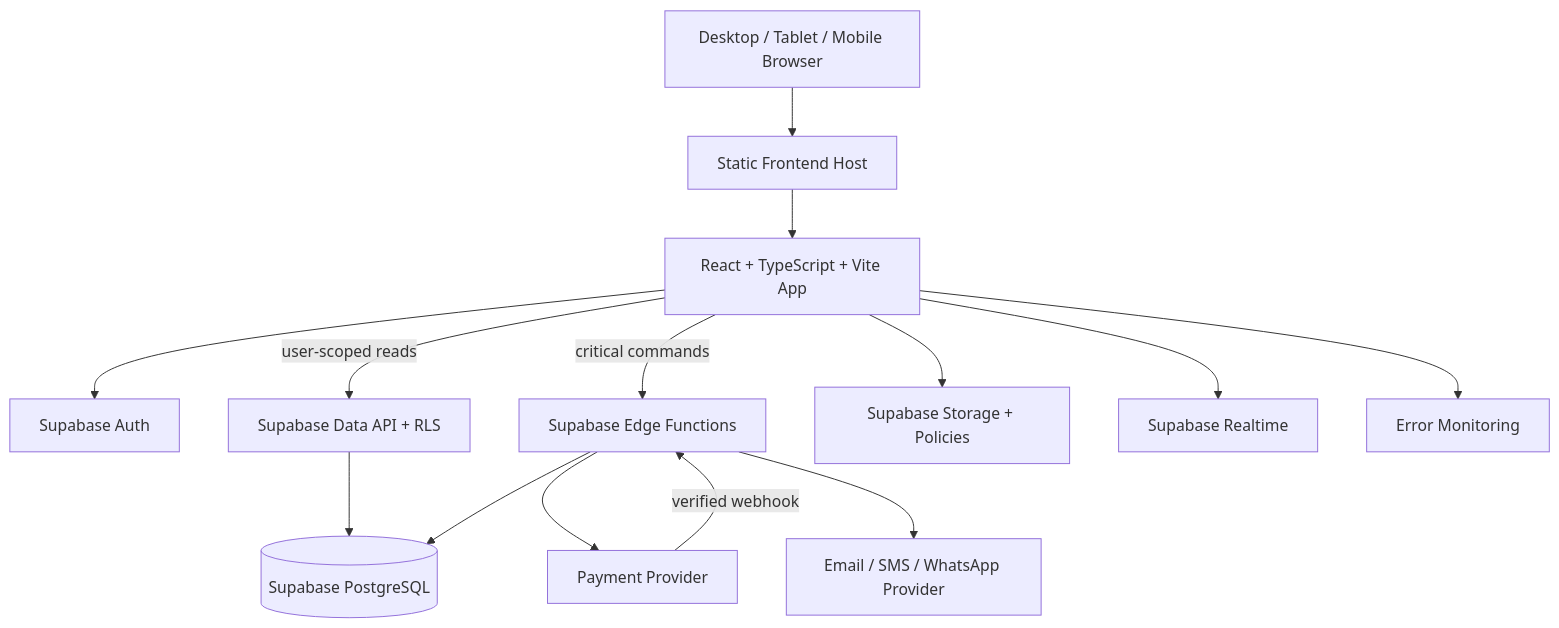
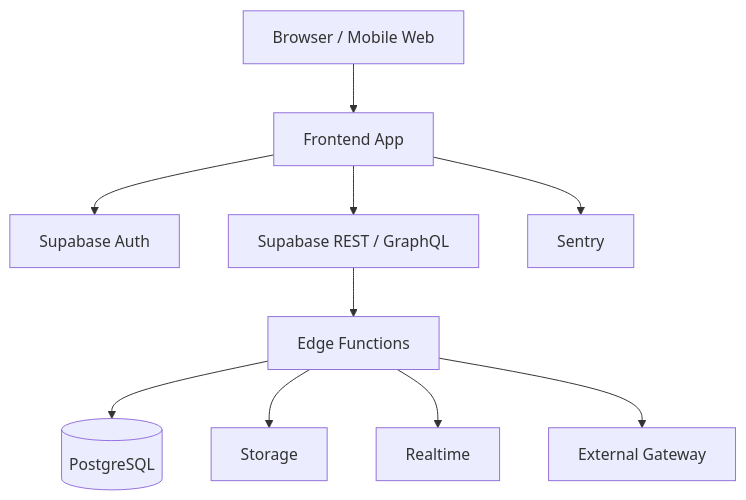
The diagram in docs/03-architecture/container-diagram.md (centranf1/PETORA-INDONESIA), drawn with Mermaid before and after one commit. The commit also changed other lines of this file and 103 other files, not shown here.

````diff
--- a/docs/03-architecture/container-diagram.md
+++ b/docs/03-architecture/container-diagram.md
@@ -25,16 +25,12 @@
 ```mermaid
 flowchart TB
-USER[Desktop / Tablet / Mobile Browser] --> HOST[Static Frontend Host]
-HOST --> APP[React + TypeScript + Vite App]
-APP --> AUTH[Supabase Auth]
-APP -->|user-scoped reads| API[Supabase Data API + RLS]
-APP -->|critical commands| FN[Supabase Edge Functions]
-API --> PG[(Supabase PostgreSQL)]
-FN --> PG
-APP --> STORAGE[Supabase Storage + Policies]
-APP --> RT[Supabase Realtime]
-FN --> PAYMENT[Payment Provider]
-FN --> NOTIFY[Email / SMS / WhatsApp Provider]
-PAYMENT -->|verified webhook| FN
-APP --> OBS[Error Monitoring]
+A[Browser / Mobile Web] --> B[Frontend App]
+B --> C[Supabase Auth]
+B --> D[Supabase REST / GraphQL]
+D --> E[Edge Functions]
+E --> F[(PostgreSQL)]
+E --> G[Storage]
+E --> H[Realtime]
+E --> I[External Gateway]
+B --> J[Sentry]
 ```
````
